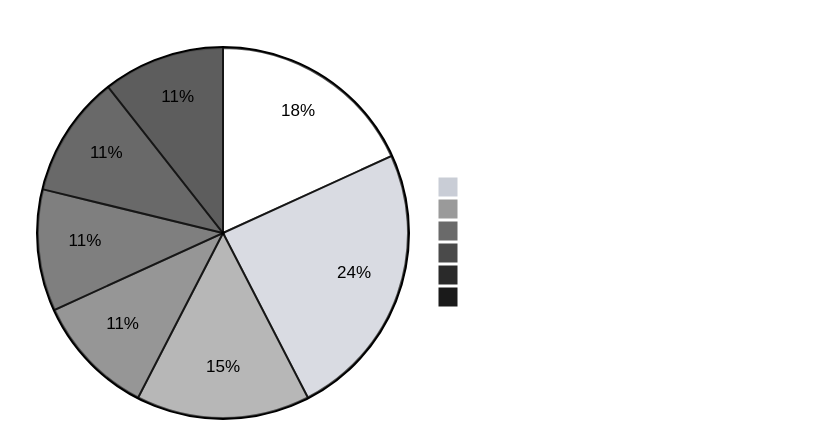
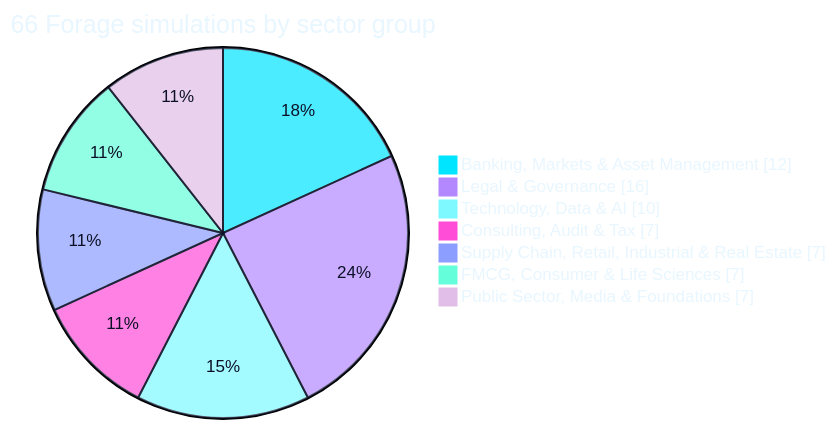
One commit to Eswar5313/Eswar5313 changed the diagram in SIMULATIONS.md. Above: the diagram before and after it, drawn with Mermaid. The commit also changed other lines of this file and 22 other files, not shown here.

````diff
--- a/SIMULATIONS.md
+++ b/SIMULATIONS.md
@@ -47,11 +49,11 @@
 ```mermaid
-%%{init: {'theme':'base','themeVariables':{'pie1':'#FFFFFF','pie2':'#C9CDD6','pie3':'#9A9A9A','pie4':'#6A6A6A','pie5':'#4A4A4A','pie6':'#2A2A2A','pie7':'#1A1A1A','pieStrokeColor':'#000000','pieTitleTextColor':'#FFFFFF','pieLegendTextColor':'#FFFFFF','pieSectionTextColor':'#000000'}}}%%
+%%{init: {'theme':'base','themeVariables':{'pie1':'#00E5FF','pie2':'#B388FF','pie3':'#7DF9FF','pie4':'#FF4DD8','pie5':'#8C9EFF','pie6':'#64FFDA','pie7':'#E1BEE7','pieStrokeColor':'#0B1026','pieTitleTextColor':'#E8F6FF','pieLegendTextColor':'#E8F6FF','pieSectionTextColor':'#0B1026'}}}%%
 pie showData title 66 Forage simulations by sector group
     "Banking, Markets & Asset Management" : 12
     "Legal & Governance" : 16
     "Technology, Data & AI" : 10
     "Consulting, Audit & Tax" : 7
     "Supply Chain, Retail, Industrial & Real Estate" : 7
     "FMCG, Consumer & Life Sciences" : 7
     "Public Sector, Media & Foundations" : 7
 ```
````
